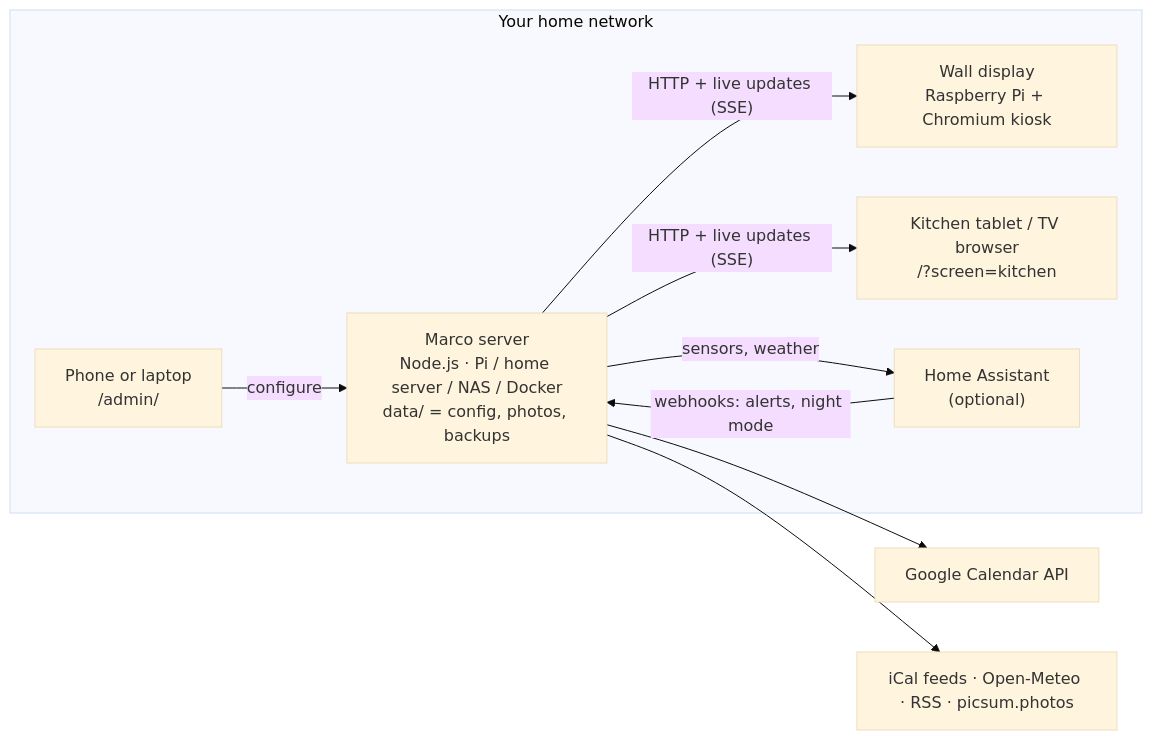
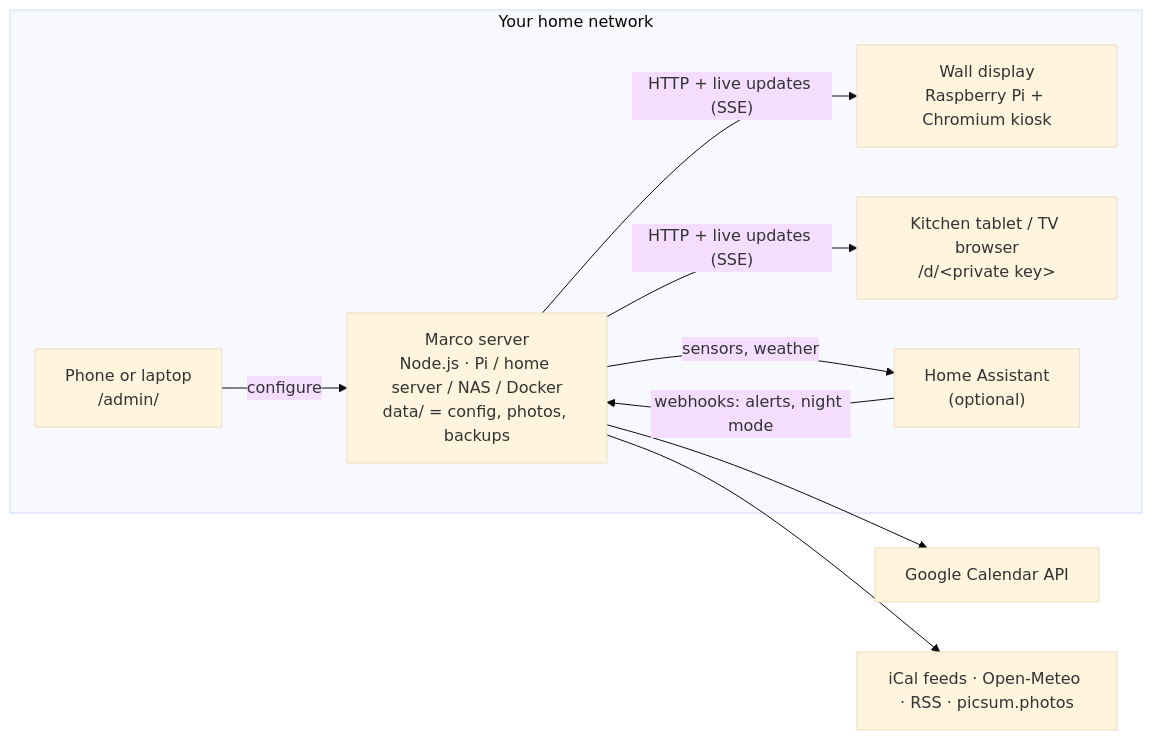
Before and after one commit to jhonatanosanchez/marco: the diagram in README.md, drawn with Mermaid (base theme). The commit also changed other lines of this file and 58 other files, not shown here.

````diff
--- a/README.md
+++ b/README.md
@@ -114,20 +116,20 @@
 ```mermaid
 flowchart LR
   subgraph home["Your home network"]
     server["Marco server<br/>Node.js · Pi / home server / NAS / Docker<br/>data/ = config, photos, backups"]
     tv["Wall display<br/>Raspberry Pi + Chromium kiosk"]
-    tablet["Kitchen tablet / TV browser<br/>/?screen=kitchen"]
+    tablet["Kitchen tablet / TV browser<br/>/d/&lt;private key&gt;"]
     phone["Phone or laptop<br/>/admin/"]
     ha["Home Assistant<br/>(optional)"]
   end
   google["Google Calendar API"]
   feeds["iCal feeds · Open-Meteo · RSS · picsum.photos"]
 
   server -- "HTTP + live updates (SSE)" --> tv
   server -- "HTTP + live updates (SSE)" --> tablet
   phone -- "configure" --> server
   ha -- "webhooks: alerts, night mode" --> server
   server -- "sensors, weather" --> ha
   server --> google
   server --> feeds
 ```
````
